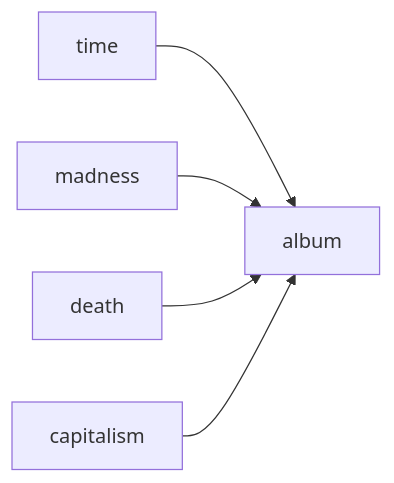
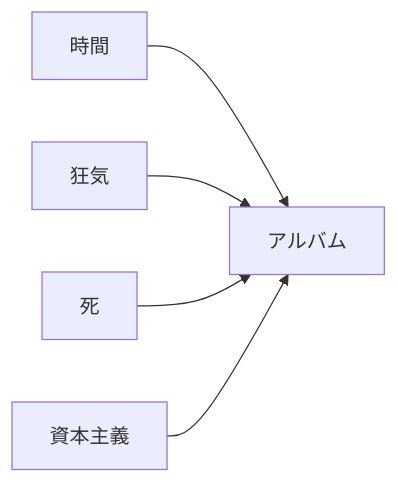
Before and after one commit to monumental-movement/monumental-movement.github.io: the third of 7 diagrams in en/_posts/2026-04-25-column-pink-floyd.md, drawn with Mermaid. The commit also changed other lines of this file and 2196 other files, not shown here.

```diff
--- a/en/_posts/2026-04-25-column-pink-floyd.md
+++ b/en/_posts/2026-04-25-column-pink-floyd.md
@@ -112,7 +111,7 @@
 <div class="mermaid">
 graph LR
-    A[time] --> E[album]
-    B[madness] --> E
-    C[death] --> E
-    D[capitalism] --> E
+    A[時間] --> E[アルバム]
+    B[狂気] --> E
+    C[死] --> E
+    D[資本主義] --> E
 </div>
```
